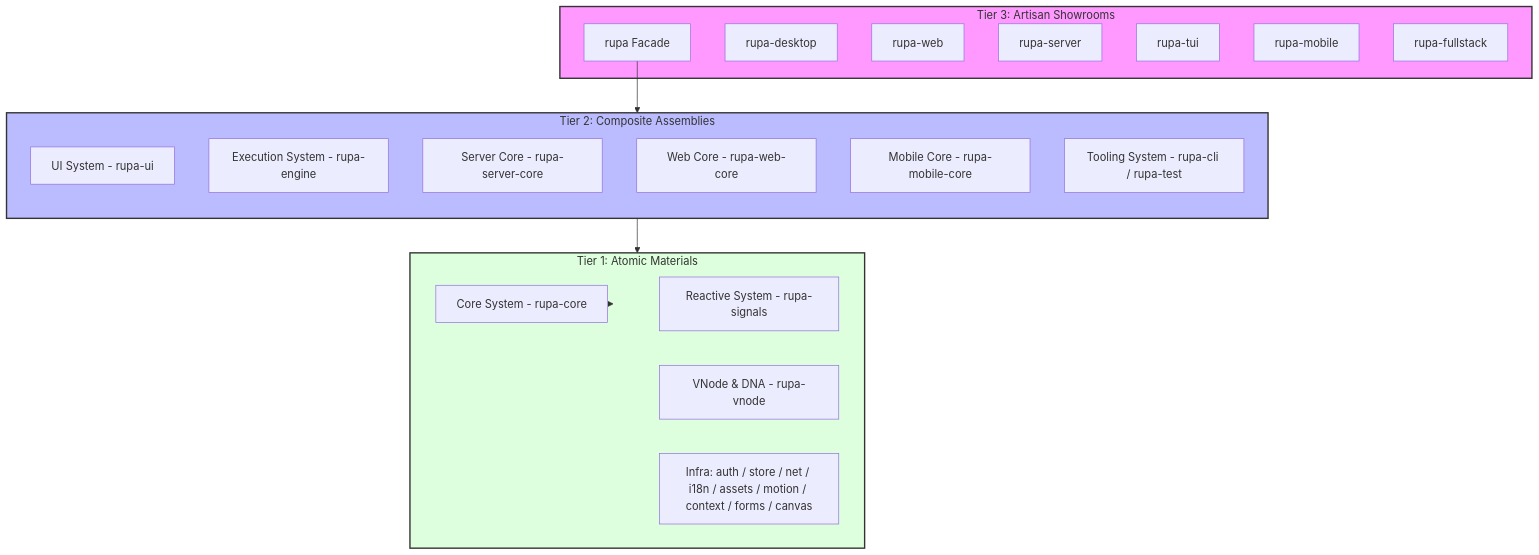
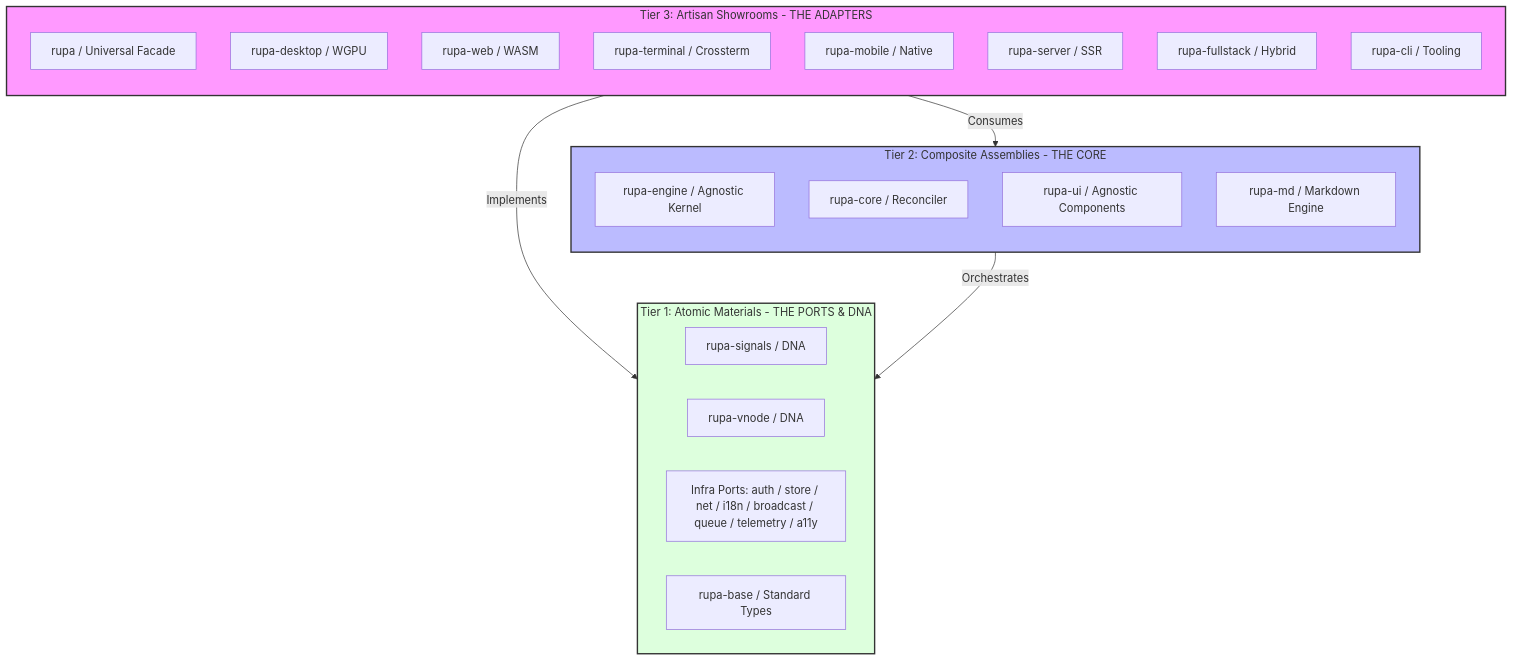
Before and after one commit to rupa-labs/rupa: the first of 4 diagrams in docs/blueprint.md, drawn with Mermaid. The commit also changed other lines of this file and 131 other files, not shown here.

Commit message:
feat(tier-1): mature all atomic materials and ports with hexagonal architecture

````diff
--- a/docs/blueprint.md
+++ b/docs/blueprint.md
@@ -21,39 +21,39 @@
 ```mermaid
 graph TD
-    subgraph Tier_3 [Tier 3: Artisan Showrooms]
-        facade[rupa Facade]
-        desktop[rupa-desktop]
-        web[rupa-web]
-        server[rupa-server]
-        tui[rupa-tui]
-        mobile[rupa-mobile]
-        fullstack[rupa-fullstack]
+    subgraph Tier_3 [Tier 3: Artisan Showrooms - THE ADAPTERS]
+        direction TB
+        rupa[rupa / Universal Facade]
+        desktop[rupa-desktop / WGPU]
+        web[rupa-web / WASM]
+        terminal[rupa-terminal / Crossterm]
+        mobile[rupa-mobile / Native]
+        server[rupa-server / SSR]
+        fullstack[rupa-fullstack / Hybrid]
+        cli[rupa-cli / Tooling]
     end
 
-    subgraph Tier_2 [Tier 2: Composite Assemblies]
+    subgraph Tier_2 [Tier 2: Composite Assemblies - THE CORE]
         direction TB
-        ui_sys[UI System - rupa-ui]
-        eng_sys[Execution System - rupa-engine]
-        srv_sys[Server Core - rupa-server-core]
-        web_sys[Web Core - rupa-web-core]
-        mob_sys[Mobile Core - rupa-mobile-core]
-        tool_sys[Tooling System - rupa-cli / rupa-test]
+        kernel[rupa-engine / Agnostic Kernel]
+        core[rupa-core / Reconciler]
+        ui[rupa-ui / Agnostic Components]
+        md[rupa-md / Markdown Engine]
     end
 
-    subgraph Tier_1 [Tier 1: Atomic Materials]
+    subgraph Tier_1 [Tier 1: Atomic Materials - THE PORTS & DNA]
         direction LR
-        core_sys[Core System - rupa-core]
-        react_sys[Reactive System - rupa-signals]
-        vnode_sys[VNode & DNA - rupa-vnode]
-        infra_sys[Infra: auth / store / net / i18n / assets / motion / context / forms / canvas]
+        signals[rupa-signals / DNA]
+        vnode[rupa-vnode / DNA]
+        ports[Infra Ports: auth / store / net / i18n / broadcast / queue / telemetry / a11y]
+        base[rupa-base / Standard Types]
     end
 
     %% Relationships
-    facade --> Tier_2
-    Tier_2 --> core_sys
-    core_sys --> Tier_1
+    Tier_3 -->|Implements| Tier_1
+    Tier_2 -->|Orchestrates| Tier_1
+    Tier_3 -->|Consumes| Tier_2
     
     style Tier_3 fill:#f9f,stroke:#333,stroke-width:2px
     style Tier_2 fill:#bbf,stroke:#333,stroke-width:2px
     style Tier_1 fill:#dfd,stroke:#333,stroke-width:2px
 ```
````
